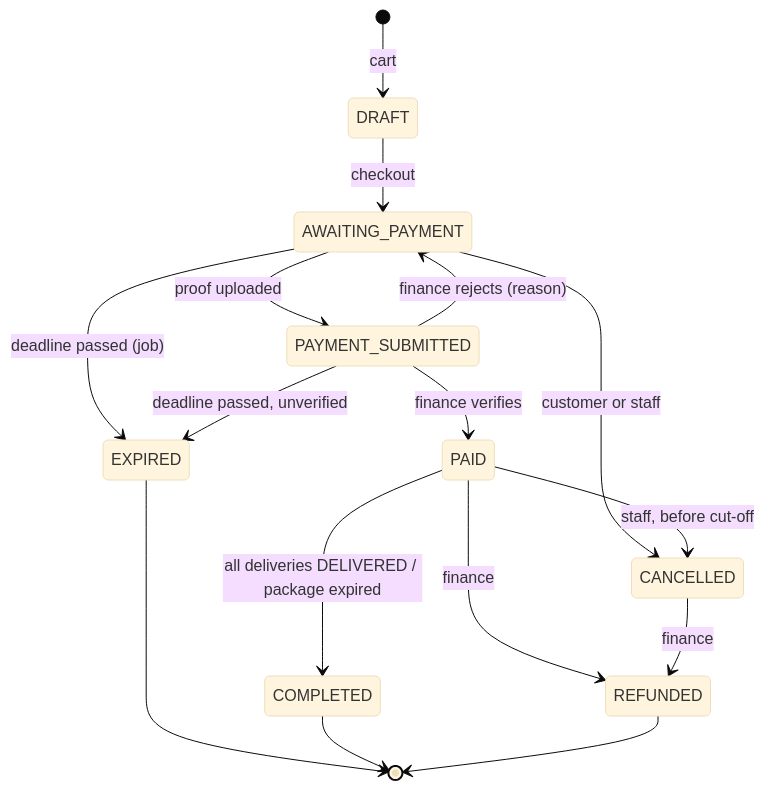
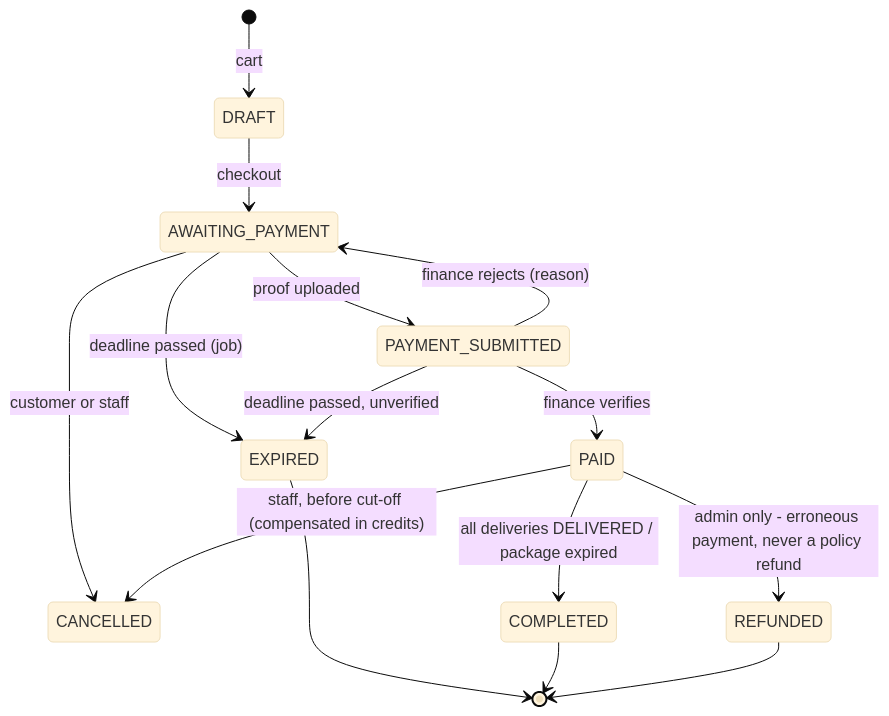
The fifth of 8 diagrams in docs/01-domain-model.md (stevenwilliam/healthy_catering), drawn with Mermaid (base theme) before and after one commit. The commit also changed other lines of this file and 3 other files, not shown here.

````diff
--- a/docs/01-domain-model.md
+++ b/docs/01-domain-model.md
@@ -540,18 +644,17 @@
 ```mermaid
 stateDiagram-v2
     [*] --> DRAFT : cart
     DRAFT --> AWAITING_PAYMENT : checkout
     AWAITING_PAYMENT --> PAYMENT_SUBMITTED : proof uploaded
     AWAITING_PAYMENT --> EXPIRED : deadline passed (job)
     AWAITING_PAYMENT --> CANCELLED : customer or staff
     PAYMENT_SUBMITTED --> PAID : finance verifies
     PAYMENT_SUBMITTED --> AWAITING_PAYMENT : finance rejects (reason)
     PAYMENT_SUBMITTED --> EXPIRED : deadline passed, unverified
     PAID --> COMPLETED : all deliveries DELIVERED / package expired
-    PAID --> CANCELLED : staff, before cut-off
-    PAID --> REFUNDED : finance
-    CANCELLED --> REFUNDED : finance
+    PAID --> CANCELLED : staff, before cut-off (compensated in credits)
+    PAID --> REFUNDED : admin only - erroneous payment, never a policy refund
     EXPIRED --> [*]
     COMPLETED --> [*]
     REFUNDED --> [*]
 ```
````
